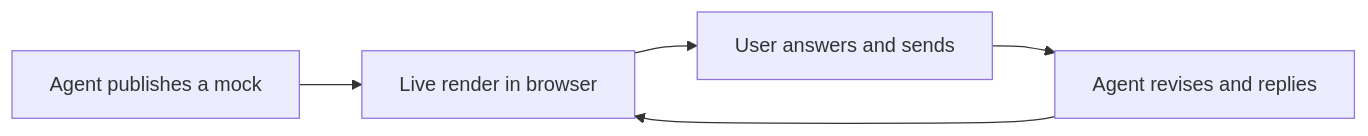
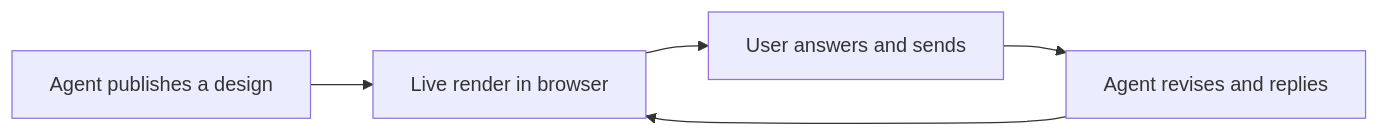
Before and after one commit to fabiogaliano/mockpit: the diagram in scripts/surface-examples/loop.mmd, drawn with Mermaid. The commit also changed 133 other files, not shown here.

```diff
--- a/scripts/surface-examples/loop.mmd
+++ b/scripts/surface-examples/loop.mmd
@@ -1,5 +1,5 @@
 flowchart LR
-  A[Agent publishes a mock] --> B[Live render in browser]:::accent
+  A[Agent publishes a design] --> B[Live render in browser]:::accent
   B --> C[User answers and sends]
   C --> D[Agent revises and replies]:::accent
   D --> B
```
